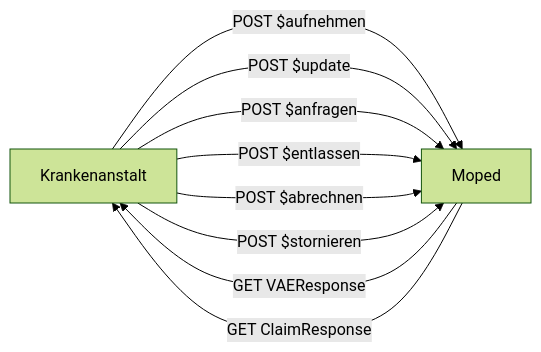
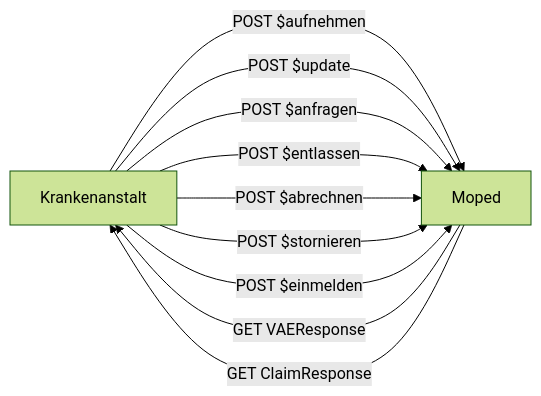
One commit to HL7Austria/ELGA-MOPED-R5 changed the first of 5 diagrams in input/pagecontent/actors.md. Above: the diagram before and after it, drawn with Mermaid (forest theme). The commit also changed other lines of this file and 2 other files, not shown here.

```diff
--- a/input/pagecontent/actors.md
+++ b/input/pagecontent/actors.md
@@ -5,13 +5,14 @@
 <pre class="mermaid">
     graph LR
     KH[Krankenanstalt]
     Moped[Moped] 
     KH --->|POST $aufnehmen| Moped 
     KH -->|POST $update| Moped
     KH -->|POST $anfragen| Moped
     KH -->|POST $entlassen| Moped
     KH -->|POST $abrechnen| Moped
     KH -->|POST $stornieren| Moped
+    KH -->|POST $einmelden| Moped
     Moped -->|GET VAEResponse| KH
     Moped --->|GET ClaimResponse| KH
 </pre>  
```
